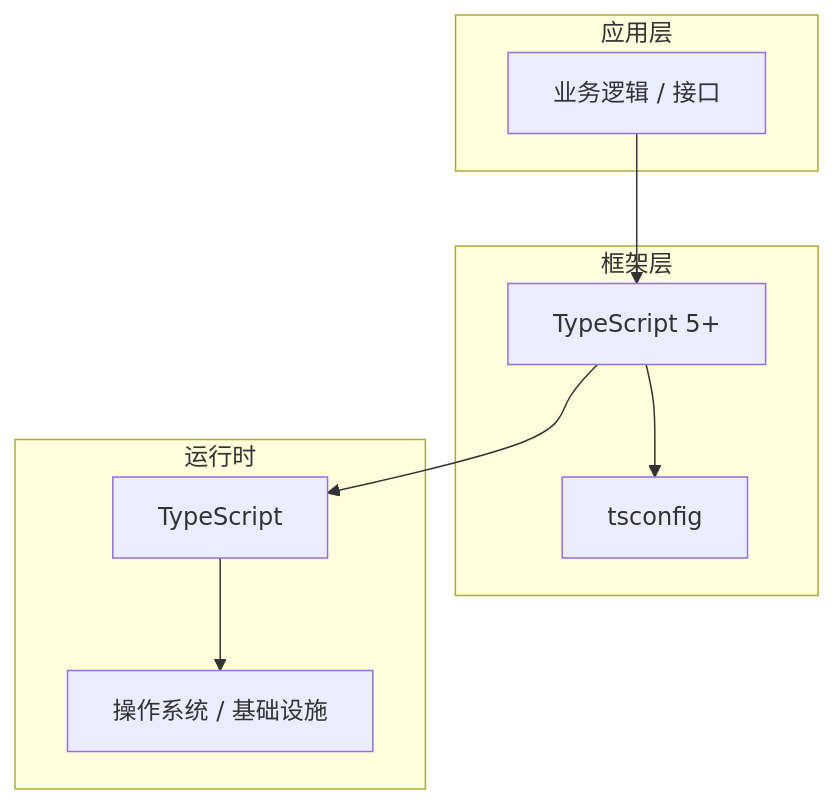
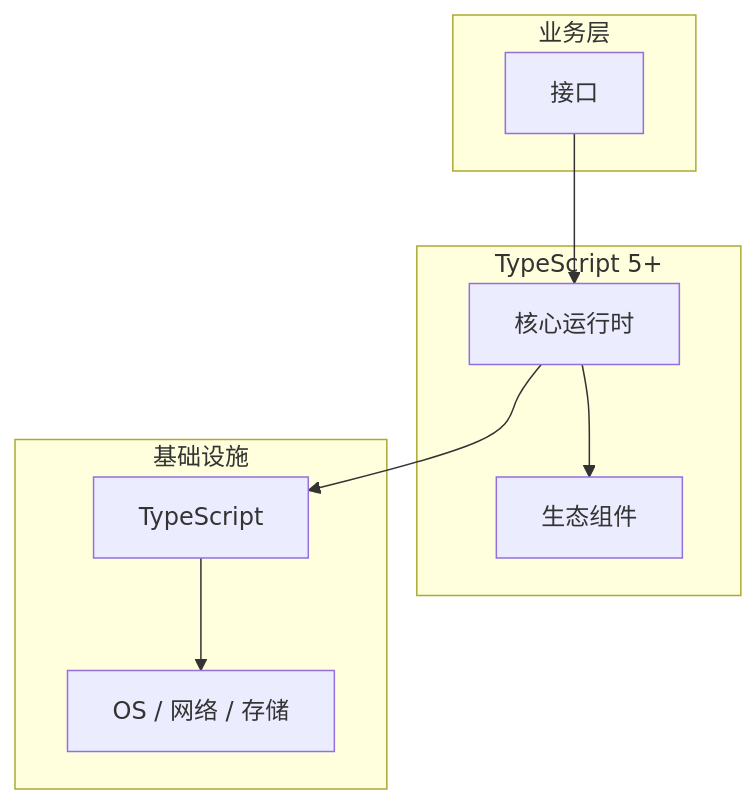
The diagram in articles/TypeScript/chapters/015-接口核心概念与原理.md (yanggan2015/knowledge-json-v2), drawn with Mermaid before and after one commit. The commit also changed other lines of this file and 10127 other files, not shown here.

````diff
--- a/articles/TypeScript/chapters/015-接口核心概念与原理.md
+++ b/articles/TypeScript/chapters/015-接口核心概念与原理.md
@@ -45,18 +34,18 @@
 ```mermaid
 graph TB
-    subgraph 应用层
-        A[业务逻辑 / 接口]
+    subgraph 业务层
+        A[接口]
     end
-    subgraph 框架层
-        B[TypeScript 5+]
-        C[tsconfig]
+    subgraph TypeScript 5+
+        B[核心运行时]
+        C[生态组件]
     end
-    subgraph 运行时
+    subgraph 基础设施
         D[TypeScript]
-        E[操作系统 / 基础设施]
+        E[OS / 网络 / 存储]
     end
     A --> B
     B --> C
     B --> D
     D --> E
 ```
````
